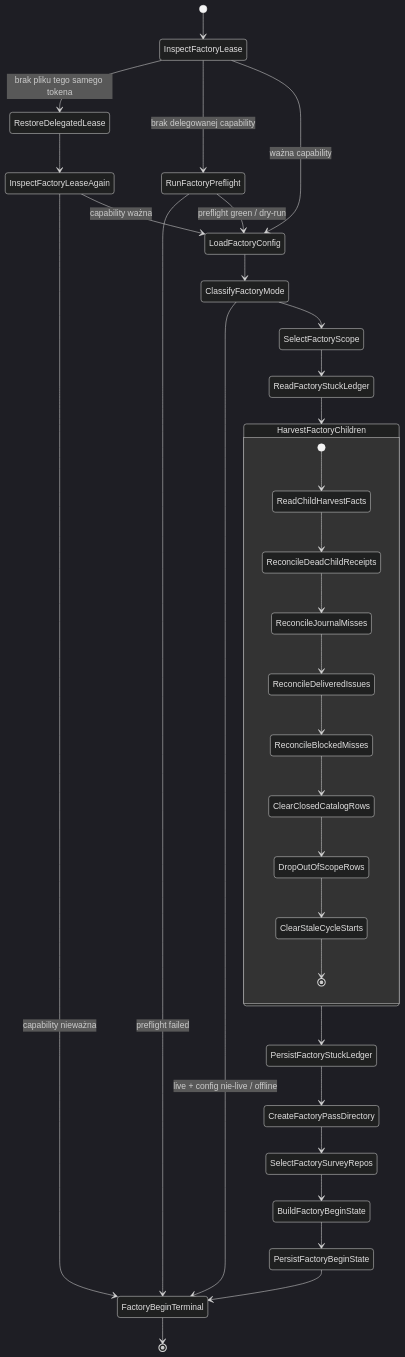
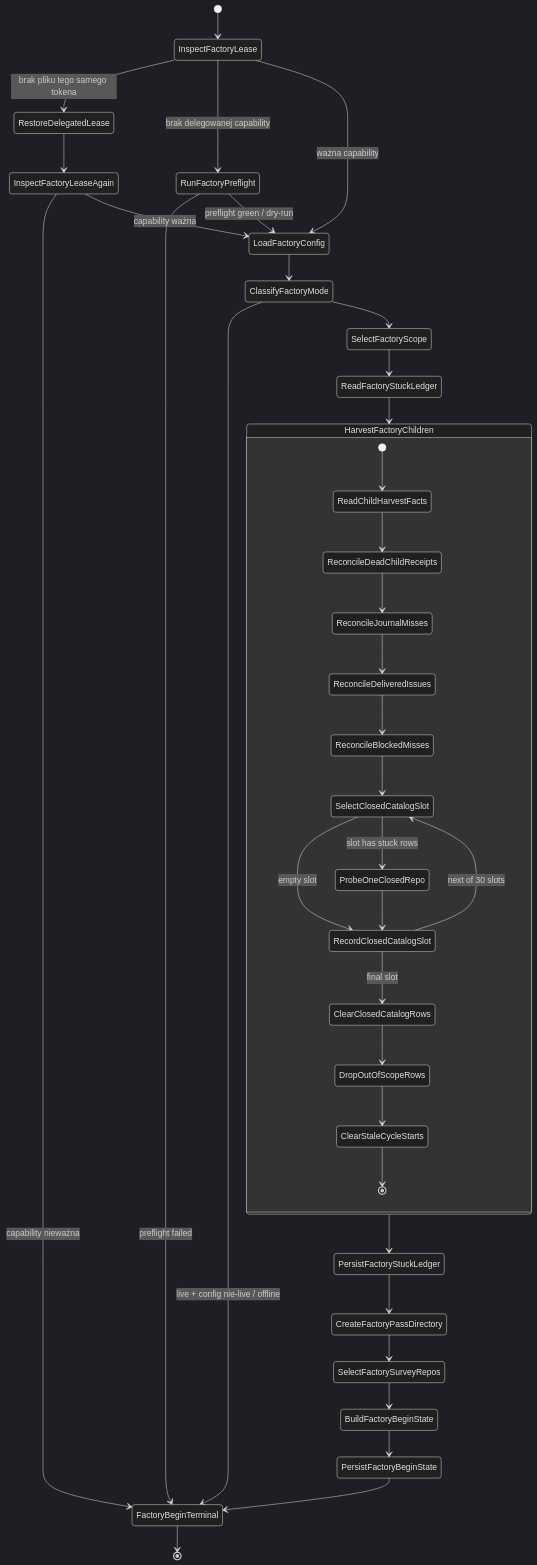
The second of 38 diagrams in README.md (mikolaj92/lokay), drawn with Mermaid (dark theme) before and after one commit. The commit also changed other lines of this file and 20 other files, not shown here.

````diff
--- a/README.md
+++ b/README.md
@@ -100,35 +100,40 @@
 ```mermaid
 stateDiagram-v2
     [*] --> InspectFactoryLease
     InspectFactoryLease --> RestoreDelegatedLease: brak pliku tego samego tokena
     InspectFactoryLease --> RunFactoryPreflight: brak delegowanej capability
     InspectFactoryLease --> LoadFactoryConfig: ważna capability
     RestoreDelegatedLease --> InspectFactoryLeaseAgain
     InspectFactoryLeaseAgain --> FactoryBeginTerminal: capability nieważna
     InspectFactoryLeaseAgain --> LoadFactoryConfig: capability ważna
     RunFactoryPreflight --> FactoryBeginTerminal: preflight failed
     RunFactoryPreflight --> LoadFactoryConfig: preflight green / dry-run
     LoadFactoryConfig --> ClassifyFactoryMode
     ClassifyFactoryMode --> FactoryBeginTerminal: live + config nie-live / offline
     ClassifyFactoryMode --> SelectFactoryScope
     SelectFactoryScope --> ReadFactoryStuckLedger
     ReadFactoryStuckLedger --> HarvestFactoryChildren
     state HarvestFactoryChildren {
         [*] --> ReadChildHarvestFacts
         ReadChildHarvestFacts --> ReconcileDeadChildReceipts
         ReconcileDeadChildReceipts --> ReconcileJournalMisses
         ReconcileJournalMisses --> ReconcileDeliveredIssues
         ReconcileDeliveredIssues --> ReconcileBlockedMisses
-        ReconcileBlockedMisses --> ClearClosedCatalogRows
+        ReconcileBlockedMisses --> SelectClosedCatalogSlot
+        SelectClosedCatalogSlot --> ProbeOneClosedRepo: slot has stuck rows
+        SelectClosedCatalogSlot --> RecordClosedCatalogSlot: empty slot
+        ProbeOneClosedRepo --> RecordClosedCatalogSlot
+        RecordClosedCatalogSlot --> SelectClosedCatalogSlot: next of 30 slots
+        RecordClosedCatalogSlot --> ClearClosedCatalogRows: final slot
         ClearClosedCatalogRows --> DropOutOfScopeRows
         DropOutOfScopeRows --> ClearStaleCycleStarts
         ClearStaleCycleStarts --> [*]
     }
     HarvestFactoryChildren --> PersistFactoryStuckLedger
     PersistFactoryStuckLedger --> CreateFactoryPassDirectory
     CreateFactoryPassDirectory --> SelectFactorySurveyRepos
     SelectFactorySurveyRepos --> BuildFactoryBeginState
     BuildFactoryBeginState --> PersistFactoryBeginState
     PersistFactoryBeginState --> FactoryBeginTerminal
     FactoryBeginTerminal --> [*]
 ```
````
